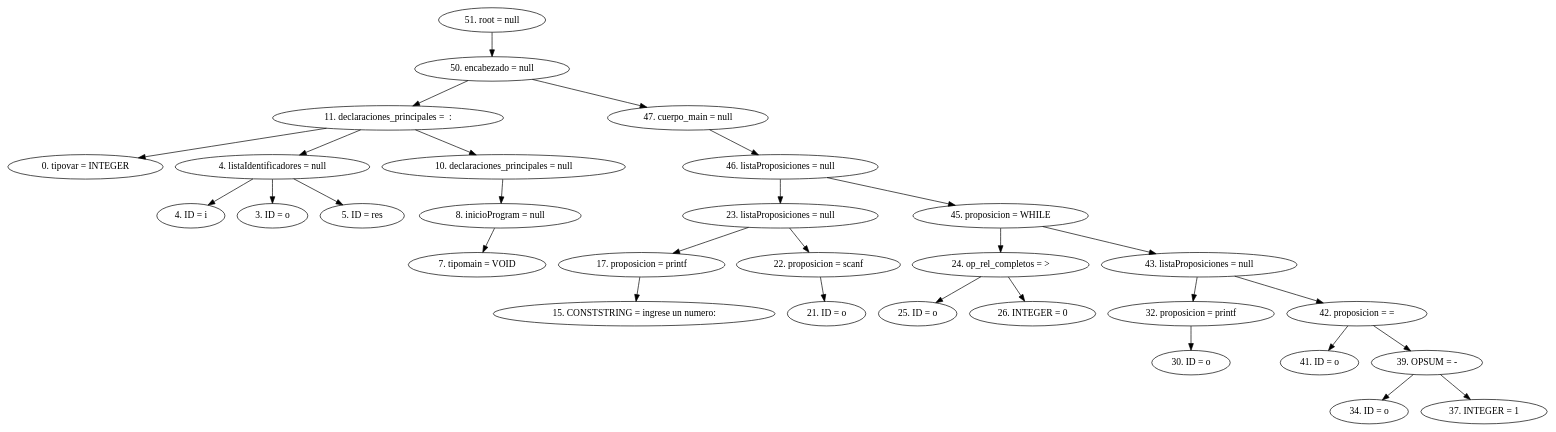
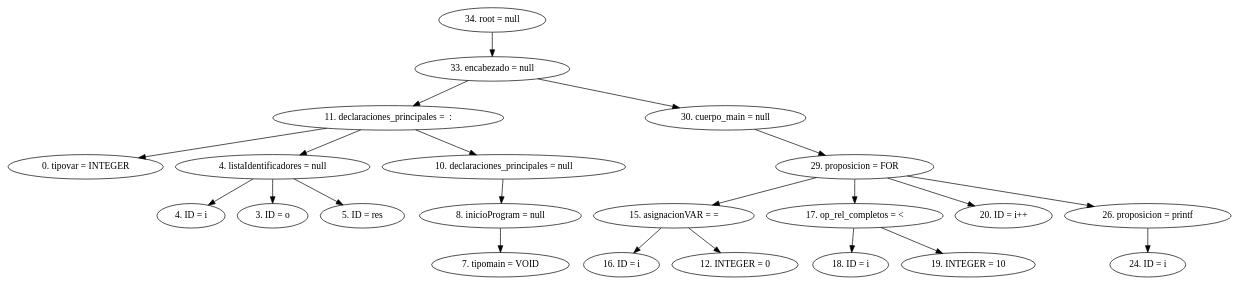
One commit to Luigy08/mini-c changed the diagram in src/AST.dot. Above: the diagram before and after it, drawn with Graphviz. The commit also changed 5 other files, not shown here.

```diff
--- a/src/AST.dot
+++ b/src/AST.dot
@@ -1,33 +1,25 @@
 digraph G {
-"51. root = null"->"50. encabezado = null"
-"50. encabezado = null"->"11. declaraciones_principales =  : "
+"34. root = null"->"33. encabezado = null"
+"33. encabezado = null"->"11. declaraciones_principales =  : "
 "11. declaraciones_principales =  : "->"0. tipovar = INTEGER"
 "11. declaraciones_principales =  : "->"4. listaIdentificadores = null"
 "4. listaIdentificadores = null"->"4. ID = i"
 "4. listaIdentificadores = null"->"3. ID = o"
 "4. listaIdentificadores = null"->"5. ID = res"
 "11. declaraciones_principales =  : "->"10. declaraciones_principales = null"
 "10. declaraciones_principales = null"->"8. inicioProgram = null"
 "8. inicioProgram = null"->"7. tipomain = VOID"
-"50. encabezado = null"->"47. cuerpo_main = null"
-"47. cuerpo_main = null"->"46. listaProposiciones = null"
-"46. listaProposiciones = null"->"23. listaProposiciones = null"
-"23. listaProposiciones = null"->"17. proposicion = printf"
-"17. proposicion = printf"->"15. CONSTSTRING = ingrese un numero: "
-"23. listaProposiciones = null"->"22. proposicion = scanf"
-"22. proposicion = scanf"->"21. ID = o"
-"46. listaProposiciones = null"->"45. proposicion = WHILE"
-"45. proposicion = WHILE"->"24. op_rel_completos = >"
-"24. op_rel_completos = >"->"25. ID = o"
-"24. op_rel_completos = >"->"26. INTEGER = 0"
-"45. proposicion = WHILE"->"43. listaProposiciones = null"
-"43. listaProposiciones = null"->"32. proposicion = printf"
-"32. proposicion = printf"->"30. ID = o"
-"43. listaProposiciones = null"->"42. proposicion = ="
-"42. proposicion = ="->"41. ID = o"
-"42. proposicion = ="->"39. OPSUM = -"
-"39. OPSUM = -"->"34. ID = o"
-"39. OPSUM = -"->"37. INTEGER = 1"
+"33. encabezado = null"->"30. cuerpo_main = null"
+"30. cuerpo_main = null"->"29. proposicion = FOR"
+"29. proposicion = FOR"->"15. asignacionVAR = ="
+"15. asignacionVAR = ="->"16. ID = i"
+"15. asignacionVAR = ="->"12. INTEGER = 0"
+"29. proposicion = FOR"->"17. op_rel_completos = <"
+"17. op_rel_completos = <"->"18. ID = i"
+"17. op_rel_completos = <"->"19. INTEGER = 10"
+"29. proposicion = FOR"->"20. ID = i++"
+"29. proposicion = FOR"->"26. proposicion = printf"
+"26. proposicion = printf"->"24. ID = i"
 
 
 }
```
